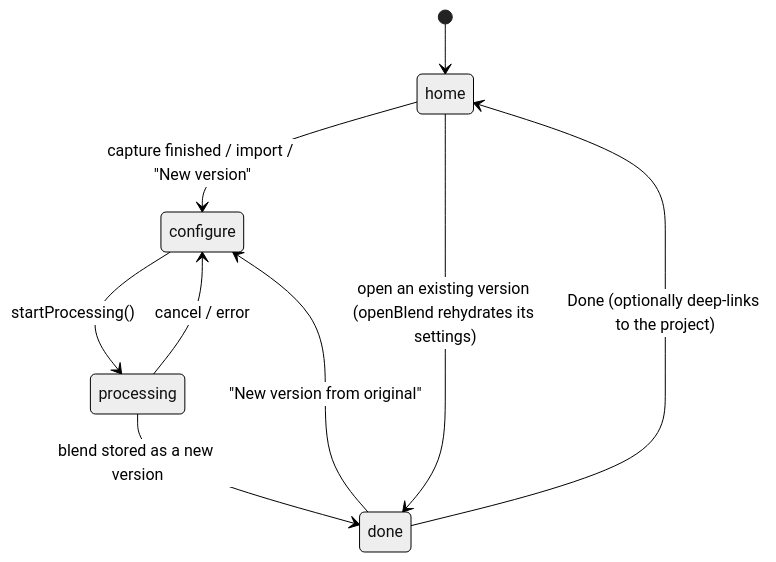
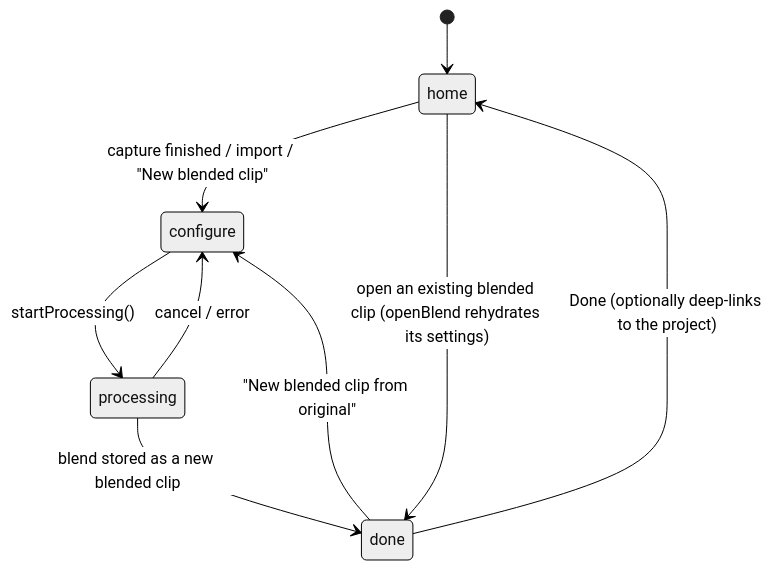
One commit to regularsteven/letslapse changed the second of 3 diagrams in LetsLapse/docs/letslapse-app-overview.md. Above: the diagram before and after it, drawn with Mermaid (neutral theme). The commit also changed other lines of this file and 28 other files, not shown here.

````diff
--- a/LetsLapse/docs/letslapse-app-overview.md
+++ b/LetsLapse/docs/letslapse-app-overview.md
@@ -246,11 +247,11 @@
 ```mermaid
 stateDiagram-v2
     [*] --> home
-    home --> configure : capture finished / import / "New version"
+    home --> configure : capture finished / import / "New blended clip"
     configure --> processing : startProcessing()
     processing --> configure : cancel / error
-    processing --> done : blend stored as a new version
-    done --> configure : "New version from original"
+    processing --> done : blend stored as a new blended clip
+    done --> configure : "New blended clip from original"
     done --> home : Done (optionally deep-links to the project)
-    home --> done : open an existing version (openBlend rehydrates its settings)
+    home --> done : open an existing blended clip (openBlend rehydrates its settings)
 ```
````
